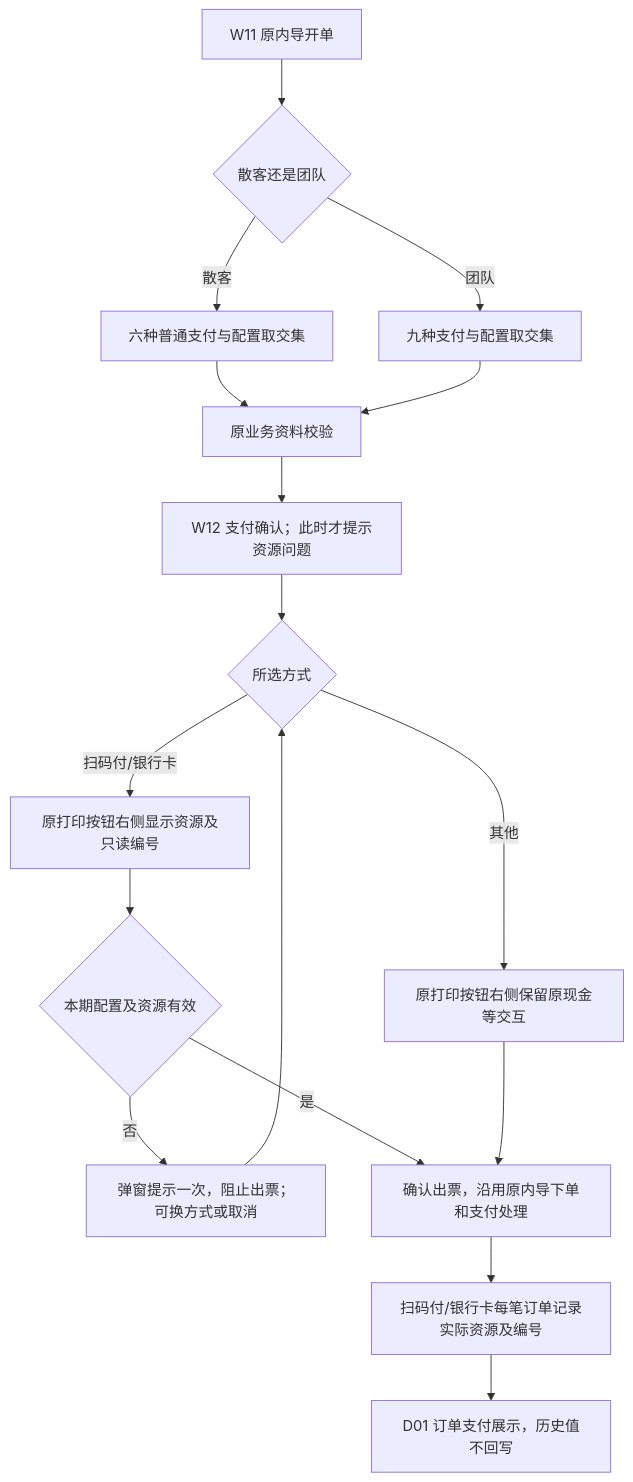
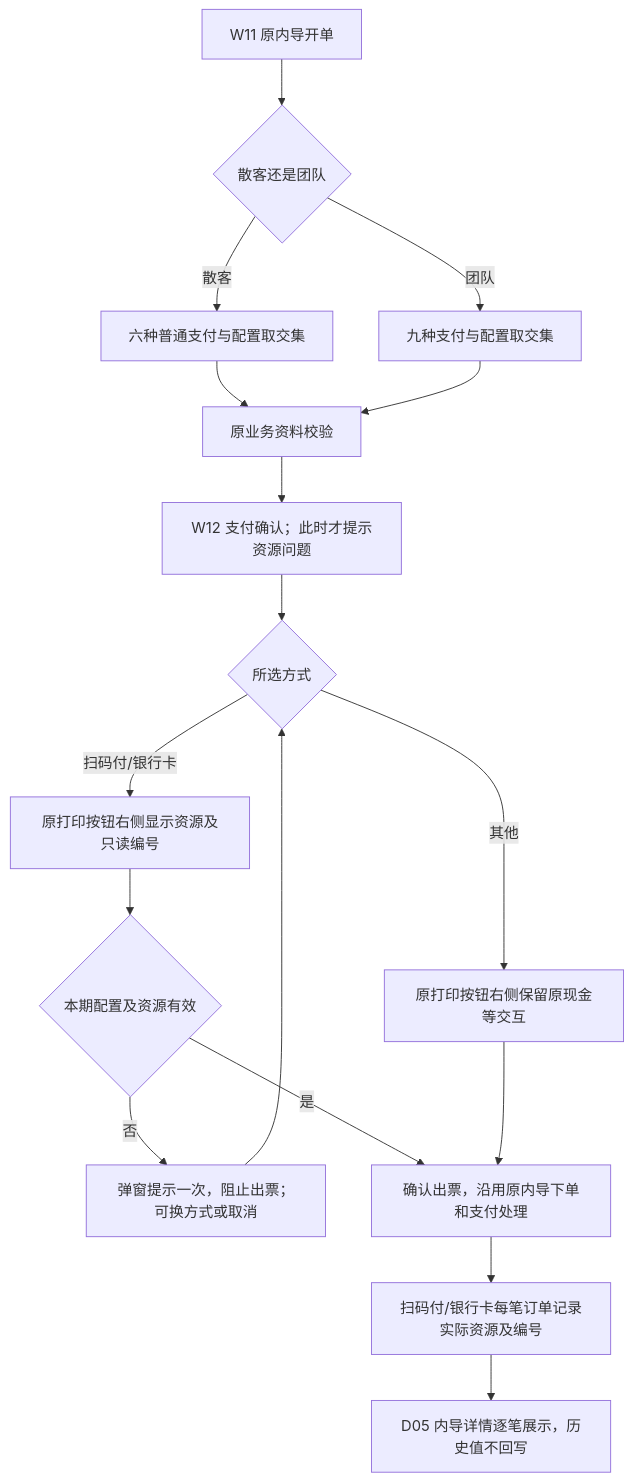
The second of 12 diagrams in dev-test-versions/2026-v3.6-payment-configuration-20261019/02-全程流程图.md (susantung/yanuoda), drawn with Mermaid before and after one commit. The commit also changed other lines of this file and 33 other files, not shown here.

````diff
--- a/dev-test-versions/2026-v3.6-payment-configuration-20261019/02-全程流程图.md
+++ b/dev-test-versions/2026-v3.6-payment-configuration-20261019/02-全程流程图.md
@@ -41,19 +58,19 @@
 ```mermaid
 flowchart TB
   W11[W11 原内导开单] --> KIND{散客还是团队}
   KIND -->|散客| SIX[六种普通支付与配置取交集]
   KIND -->|团队| NINE[九种支付与配置取交集]
   SIX --> ORIGINAL[原业务资料校验]
   NINE --> ORIGINAL
   ORIGINAL --> W12[W12 支付确认；此时才提示资源问题]
   W12 --> WAY{所选方式}
   WAY -->|扫码付/银行卡| RESOURCE[原打印按钮右侧显示资源及只读编号]
   WAY -->|其他| KEEP[原打印按钮右侧保留原现金等交互]
   RESOURCE --> VALID{本期配置及资源有效}
   VALID -->|否| ERR[弹窗提示一次，阻止出票；可换方式或取消]
   ERR --> WAY
   VALID -->|是| SUBMIT[确认出票，沿用原内导下单和支付处理]
   KEEP --> SUBMIT
   SUBMIT --> SNAP[扫码付/银行卡每笔订单记录实际资源及编号]
-  SNAP --> D01[D01 订单支付展示，历史值不回写]
+  SNAP --> D05[D05 内导详情逐笔展示，历史值不回写]
 ```
````
